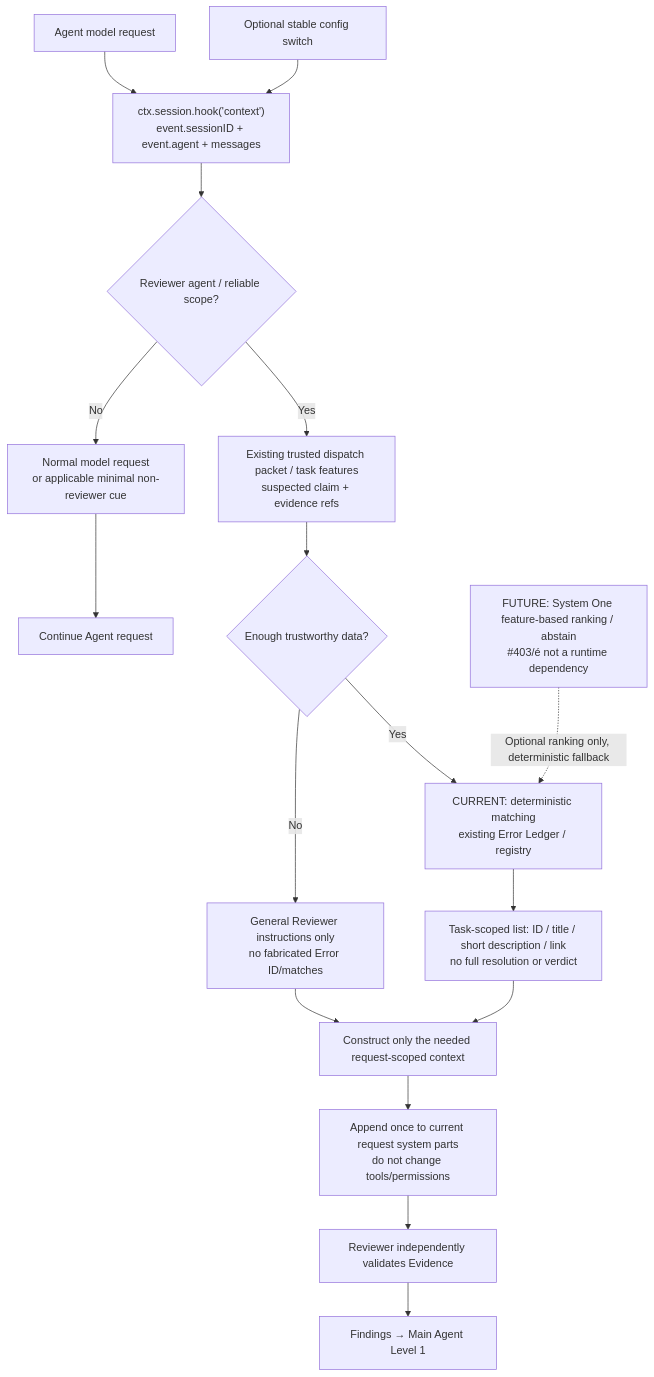
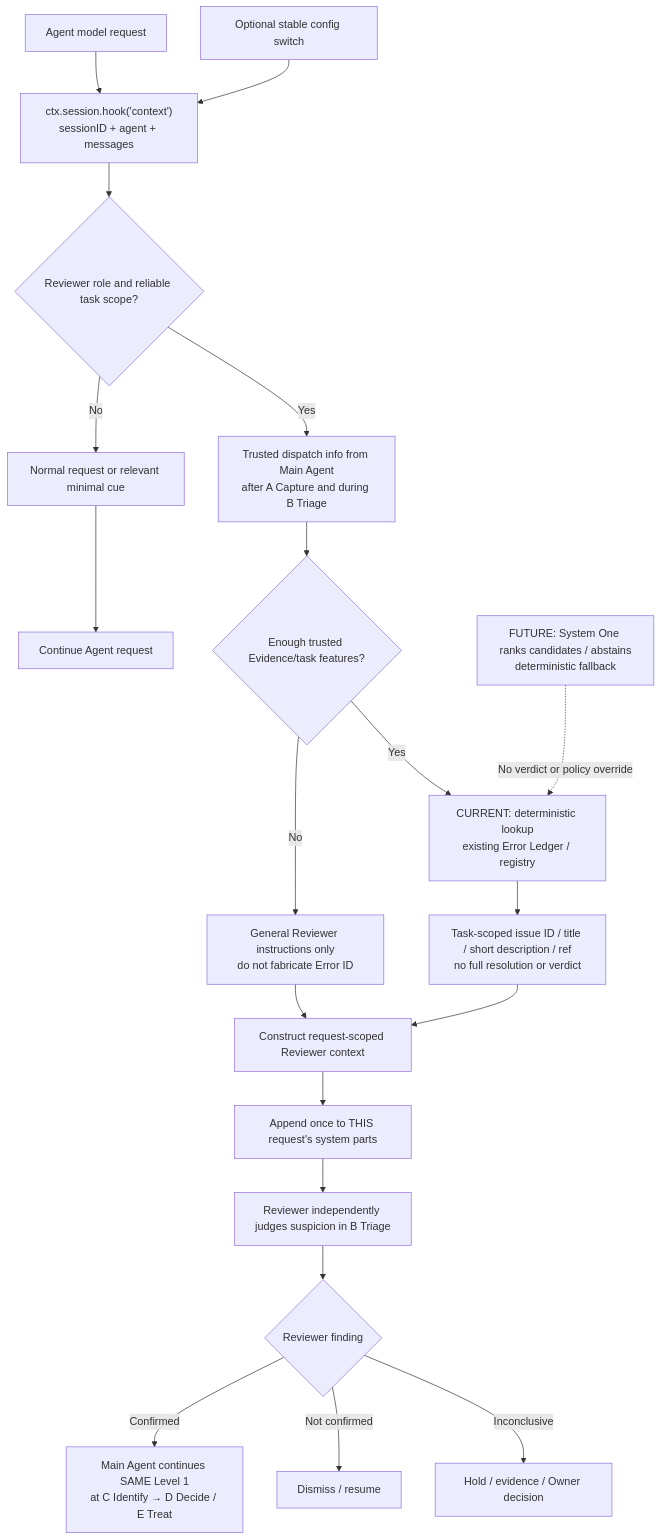
One commit to dyphn1/Harness-everything changed the second of 2 diagrams in docs/discussions/error-hook-framework/opencode-v2.md. Above: the diagram before and after it, drawn with Mermaid. The commit also changed other lines of this file, not shown here.

Commit message:
docs(hooks): clarify OpenCode reviewer is within L1 Triage and Treat correction stays local (#439)

````diff
--- a/docs/discussions/error-hook-framework/opencode-v2.md
+++ b/docs/discussions/error-hook-framework/opencode-v2.md
@@ -62,19 +64,22 @@
 ```mermaid
 flowchart TD
-    IN["Agent model request"] --> C["ctx.session.hook('context')<br/>event.sessionID + event.agent + messages"]
+    IN["Agent model request"] --> C["ctx.session.hook('context')<br/>sessionID + agent + messages"]
     S["Optional stable config switch"] --> C
-    C --> ROLE{"Reviewer agent / reliable scope?"}
-    ROLE -->|No| BASIC["Normal model request<br/>or applicable minimal non-reviewer cue"]
-    ROLE -->|Yes| F["Existing trusted dispatch packet / task features<br/>suspected claim + evidence refs"]
-    F --> E{"Enough trustworthy data?"}
-    E -->|No| SAFE["General Reviewer instructions only<br/>no fabricated Error ID/matches"]
-    E -->|Yes| SEL["CURRENT: deterministic matching<br/>existing Error Ledger / registry"]
-    SEL --> INDEX["Task-scoped list: ID / title / short description / link<br/>no full resolution or verdict"]
-    INDEX --> CUE["Construct only the needed request-scoped context"]
+    C --> ROLE{"Reviewer role and reliable task scope?"}
+    ROLE -->|No| BASIC["Normal request or relevant minimal cue"]
+    ROLE -->|Yes| F["Trusted dispatch info from Main Agent<br/>after A Capture and during B Triage"]
+    F --> E{"Enough trusted Evidence/task features?"}
+    E -->|No| SAFE["General Reviewer instructions only<br/>do not fabricate Error ID"]
+    E -->|Yes| SEL["CURRENT: deterministic lookup<br/>existing Error Ledger / registry"]
+    SEL --> INDEX["Task-scoped issue ID / title / short description / ref<br/>no full resolution or verdict"]
+    INDEX --> CUE["Construct request-scoped Reviewer context"]
     SAFE --> CUE
-    CUE --> SYSTEM["Append once to current request system parts<br/>do not change tools/permissions"]
-    SYSTEM --> REVIEW["Reviewer independently validates Evidence"]
+    CUE --> SYSTEM["Append once to THIS request's system parts"]
+    SYSTEM --> REVIEW["Reviewer independently judges suspicion in B Triage"]
     BASIC --> CONT["Continue Agent request"]
-    REVIEW --> FIND["Findings → Main Agent Level 1"]
-    NEXT["FUTURE: System One feature-based ranking / abstain<br/>#403/#233; not a runtime dependency"] -. "Optional ranking only, deterministic fallback" .-> SEL
+    REVIEW --> FIND{"Reviewer finding"}
+    FIND -->|Confirmed| NEXT["Main Agent continues SAME Level 1<br/>at C Identify → D Decide / E Treat"]
+    FIND -->|Not confirmed| DIS["Dismiss / resume"]
+    FIND -->|Inconclusive| HOLD["Hold / evidence / Owner decision"]
+    FUTURE["FUTURE: System One ranks candidates / abstains<br/>deterministic fallback"] -. "No verdict or policy override" .-> SEL
 ```
````
